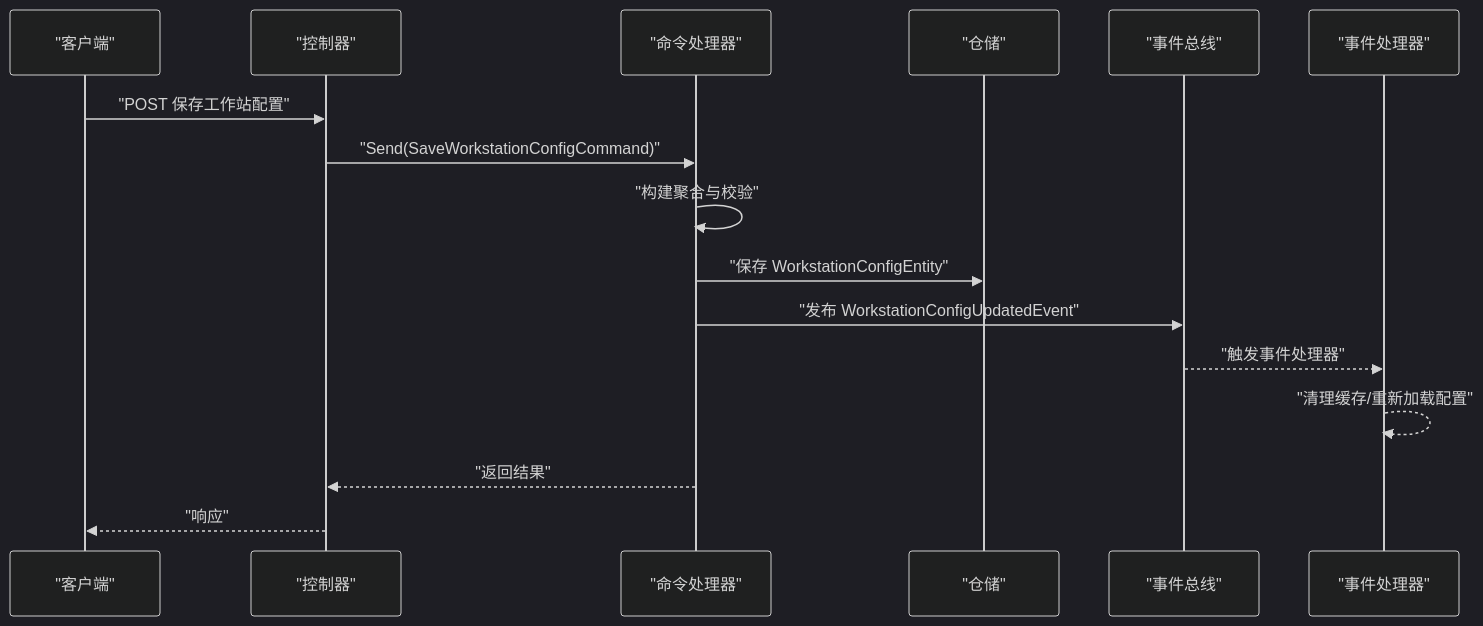
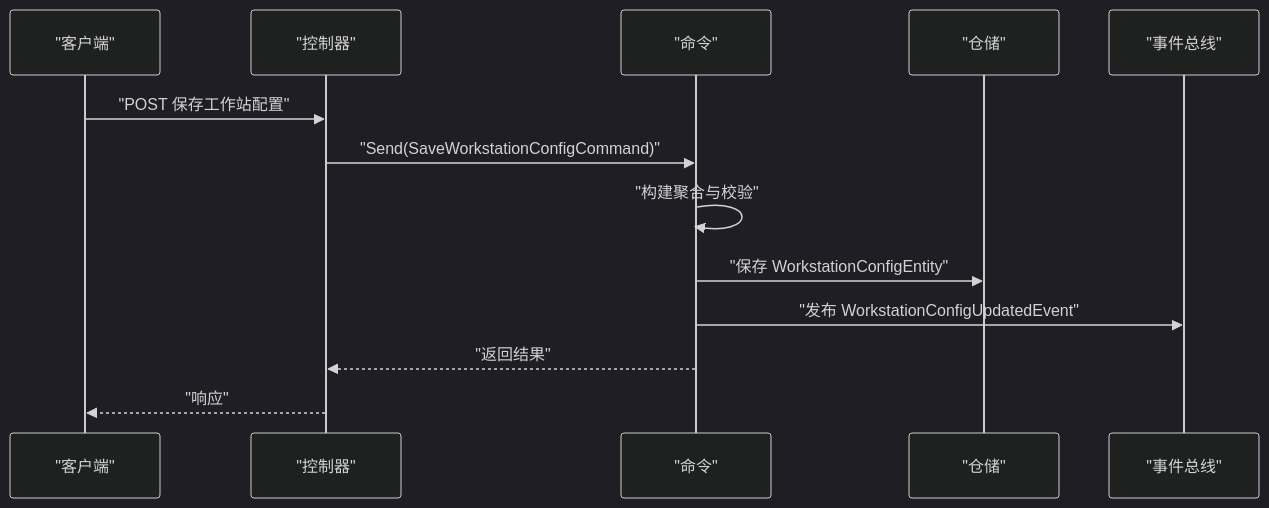
The sixth of 7 diagrams in .qoder/repowiki/zh/content/领域模型设计/领域模型设计.md (whitemousetl/IndustrialDataSolution), drawn with Mermaid (dark theme) before and after one commit. The commit also changed other lines of this file and 4 other files, not shown here.

````diff
--- a/.qoder/repowiki/zh/content/领域模型设计/领域模型设计.md
+++ b/.qoder/repowiki/zh/content/领域模型设计/领域模型设计.md
@@ -472,18 +444,15 @@
 ```mermaid
 sequenceDiagram
 participant Client as "客户端"
 participant Ctrl as "控制器"
-participant Cmd as "命令处理器"
+participant Cmd as "命令"
 participant Repo as "仓储"
 participant Bus as "事件总线"
-participant EH as "事件处理器"
 Client->>Ctrl : "POST 保存工作站配置"
 Ctrl->>Cmd : "Send(SaveWorkstationConfigCommand)"
 Cmd->>Cmd : "构建聚合与校验"
 Cmd->>Repo : "保存 WorkstationConfigEntity"
 Cmd->>Bus : "发布 WorkstationConfigUpdatedEvent"
-Bus-->>EH : "触发事件处理器"
-EH-->>EH : "清理缓存/重新加载配置"
 Cmd-->>Ctrl : "返回结果"
 Ctrl-->>Client : "响应"
 ```
````
